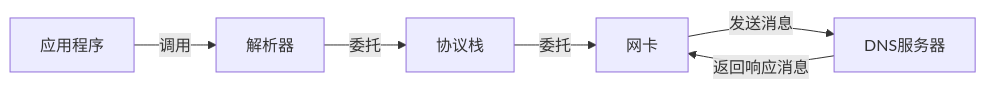
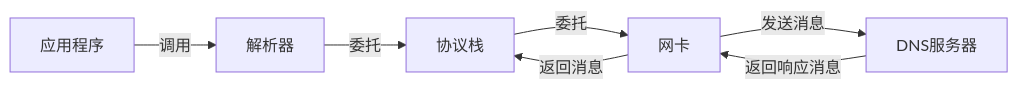
The diagram in 计算机/四大件/计算机网络2.md (poppop9/obsidian), drawn with Mermaid before and after one commit.

Commit message:
vault backup: 2023-09-03 10:05:21

````diff
--- a/计算机/四大件/计算机网络2.md
+++ b/计算机/四大件/计算机网络2.md
@@ -79,6 +79,6 @@
 ```mermaid
 graph LR
 	a[应用程序]--调用-->b[解析器]--委托-->c[协议栈]--委托-->d[网卡]--发送消息-->e[DNS服务器]
 	
-	e--返回响应消息-->d
+	e--返回响应消息-->d--返回消息-->c
 ```
````
